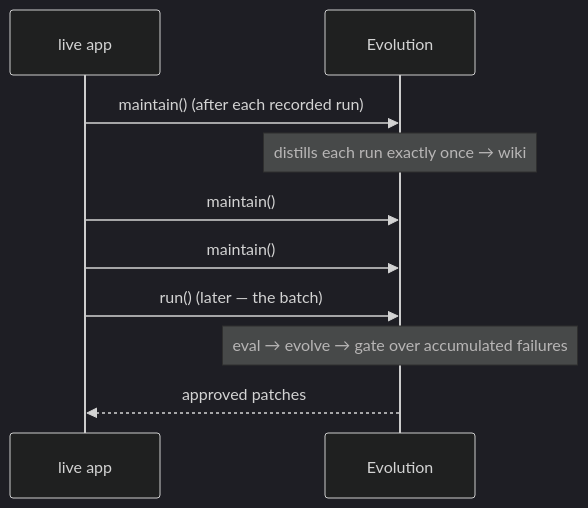
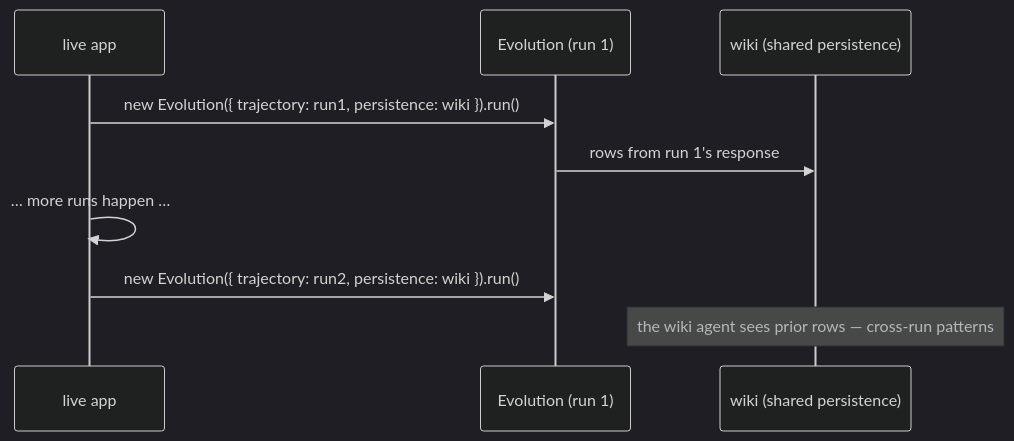
The second of 3 diagrams in packages/evolution/WIRING.md (Ajaya1000/llmx), drawn with Mermaid (dark theme) before and after one commit. The commit also changed other lines of this file and 26 other files, not shown here.

````diff
--- a/packages/evolution/WIRING.md
+++ b/packages/evolution/WIRING.md
@@ -46,12 +55,11 @@
 ```mermaid
 sequenceDiagram
     participant App as live app
-    participant Evo as Evolution
-    App->>Evo: maintain() (after each recorded run)
-    Note over Evo: distills each run exactly once → wiki
-    App->>Evo: maintain()
-    App->>Evo: maintain()
-    App->>Evo: run() (later — the batch)
-    Note over Evo: eval → evolve → gate over accumulated failures
-    Evo-->>App: approved patches
+    participant Evo1 as Evolution (run 1)
+    participant Wiki as wiki (shared persistence)
+    App->>Evo1: new Evolution({ trajectory: run1, persistence: wiki }).run()
+    Evo1->>Wiki: rows from run 1's response
+    App->>App: … more runs happen …
+    App->>Evo1: new Evolution({ trajectory: run2, persistence: wiki }).run()
+    Note over Wiki: the wiki agent sees prior rows — cross-run patterns
 ```
````
